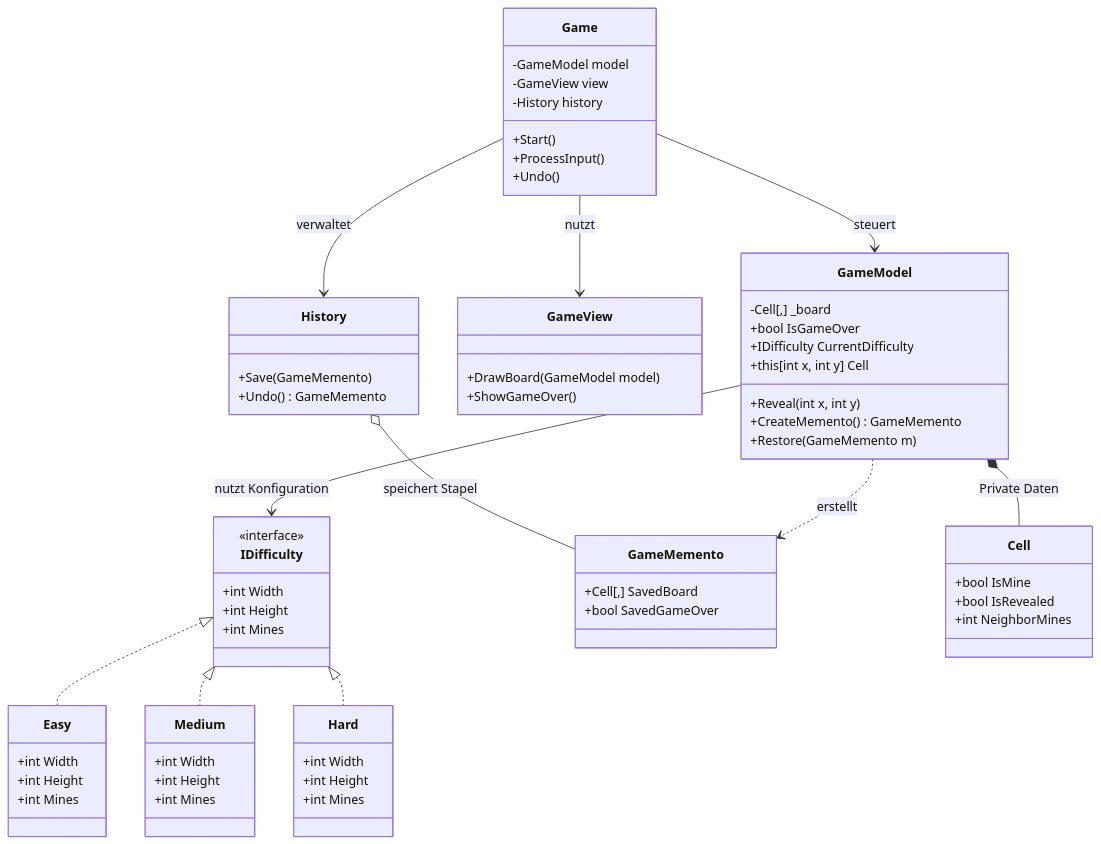
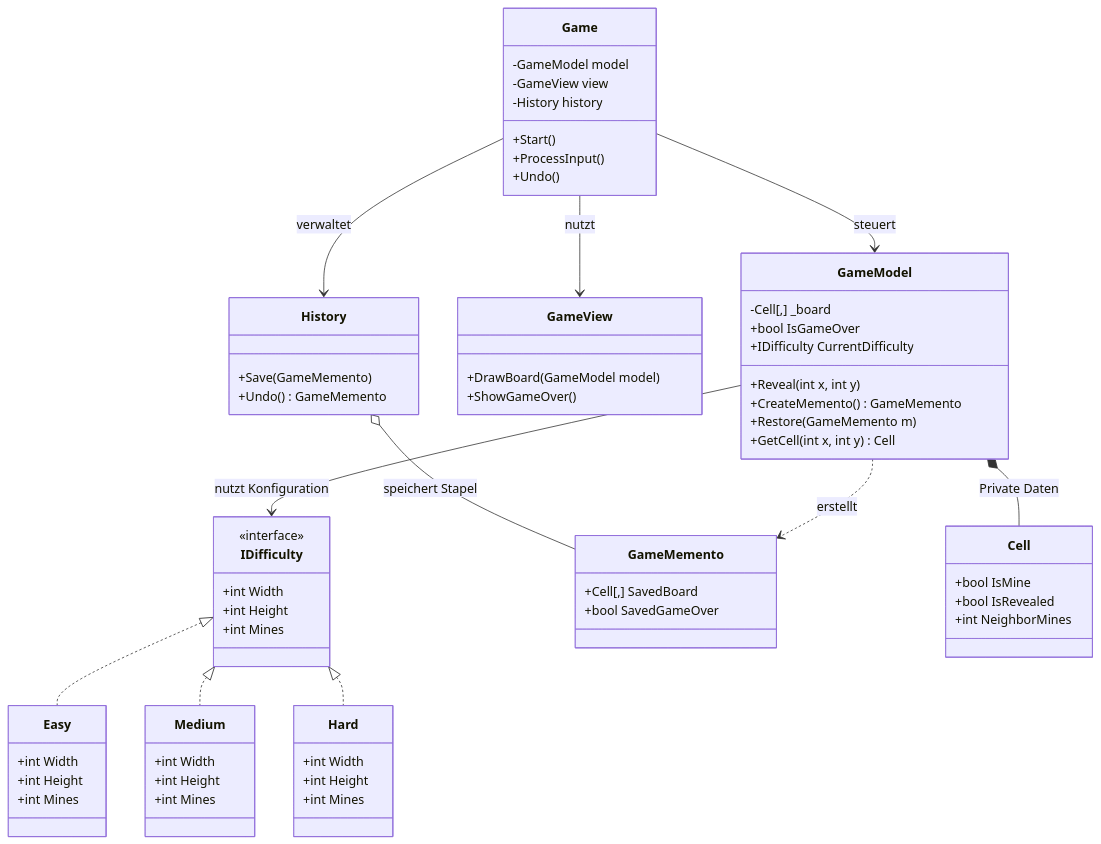
Before and after one commit to Nevio23723/Minesweeper-in-C-sharp: the first of 2 diagrams in README.md, drawn with Mermaid.

Commit message:
Add GetCell method to Game class in README class diagram

```diff
--- a/README.md
+++ b/README.md
@@ -100,10 +100,10 @@
         +bool IsGameOver
         +IDifficulty CurrentDifficulty
         %% C# Indexer
-        +this[int x, int y] Cell
         +Reveal(int x, int y)
         +CreateMemento() GameMemento
         +Restore(GameMemento m)
+        +GetCell(int x, int y) Cell
     }
 
     %% VIEW: Zeichnet
```
